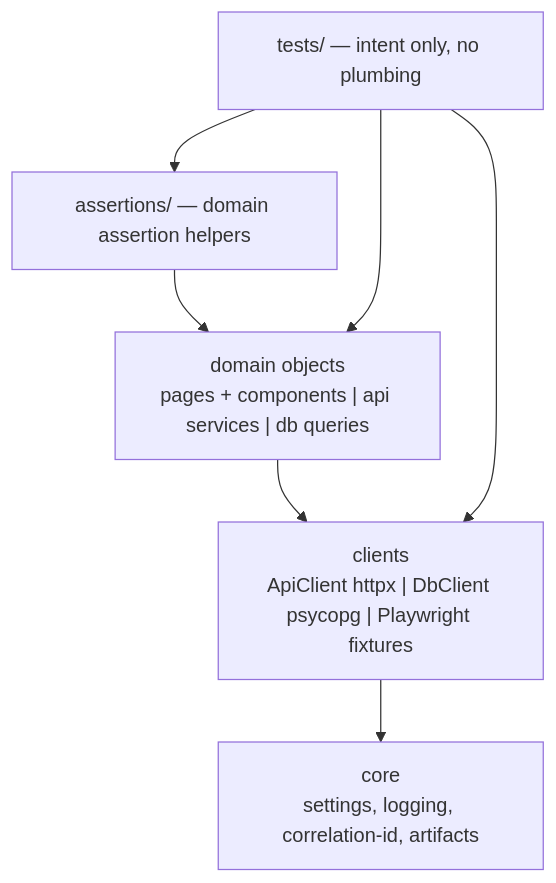
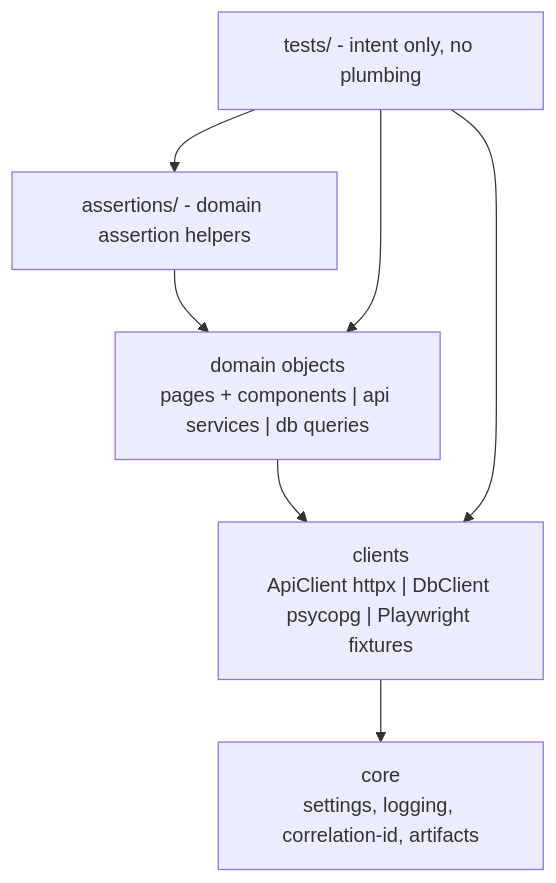
Before and after one commit to codernik-dev/playwright-python-sdet-framework: the second of 4 diagrams in docs/phase-1-design.md, drawn with Mermaid. The commit also changed other lines of this file and 90 other files, not shown here.

````diff
--- a/docs/phase-1-design.md
+++ b/docs/phase-1-design.md
@@ -187,12 +187,12 @@
 ```mermaid
 flowchart TD
-    T["tests/ — intent only, no plumbing"]
-    A["assertions/ — domain assertion helpers"]
+    T["tests/ - intent only, no plumbing"]
+    A["assertions/ - domain assertion helpers"]
     DOM["domain objects<br/>pages + components | api services | db queries"]
     CL["clients<br/>ApiClient httpx | DbClient psycopg | Playwright fixtures"]
     CORE["core<br/>settings, logging, correlation-id, artifacts"]
 
     T --> A --> DOM --> CL --> CORE
     T --> DOM
     T --> CL
 ```
````
